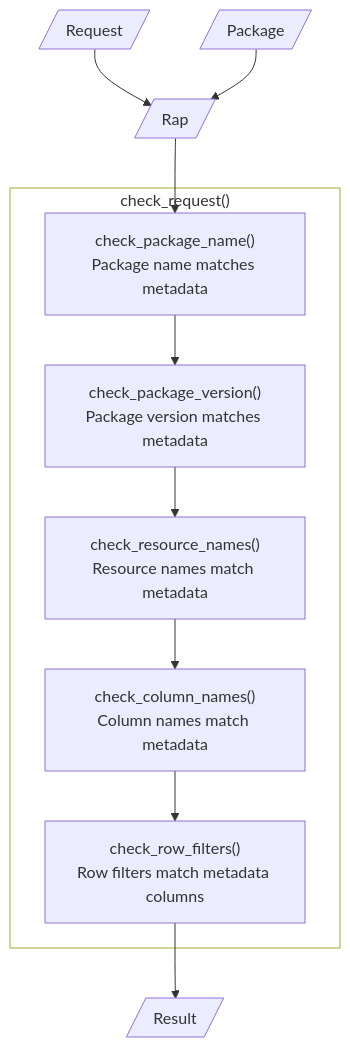
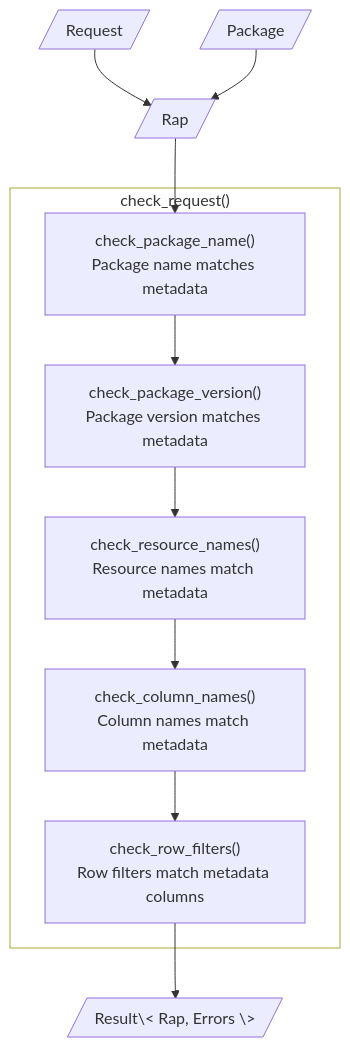
The diagram in docs/design/interface/rust.qmd (seedcase-project/seedcase-propagate), drawn with Mermaid before and after one commit. The commit also changed other lines of this file and 1 other file, not shown here.

Commit message:
docs: 🏗️ output the input `Rap` if checks pass

````diff
--- a/docs/design/interface/rust.qmd
+++ b/docs/design/interface/rust.qmd
@@ -63,37 +64,37 @@
 ```{mermaid}
 %%| label: fig-check-flow
 %%| fig-cap: "The flow of input and output through the `check_request()` function."
 %%| fig-alt: >-
 %%|   Diagram showing the flow of input and output through the `check_request()`
 %%|   function. The user bundles the request and package structs into a Rap
 %%|   struct, which is input into `check_request()`. The function completes a
 %%|   set of checks, before returning a result that's either the unit type
 %%|   (nothing) or a set of errors.
 
 flowchart TD
     request[/"Request"/]
     package[/"Package"/]
     rap[/"Rap"/]
-    output[/"Result"/]
+    output[/"Result\< Rap, Errors \>"/]
 
     subgraph check ["check_request()"]
       check_package_name["check_package_name()<br>Package name matches metadata"]
       check_package_version["check_package_version()<br>Package version matches metadata"]
       check_resource_names["check_resource_names()<br>Resource names match metadata"]
       check_column_names["check_column_names()<br>Column names match metadata"]
       check_row_filters["check_row_filters()<br>Row filters match metadata columns"]
     end
 
     request & package --> rap
 
     rap -->
       check_package_name -->
       check_package_version -->
       check_resource_names -->
       check_column_names -->
       check_row_filters -->
       output
 
     check:::outer_function
     classDef outer_function fill:none
 ```
````
